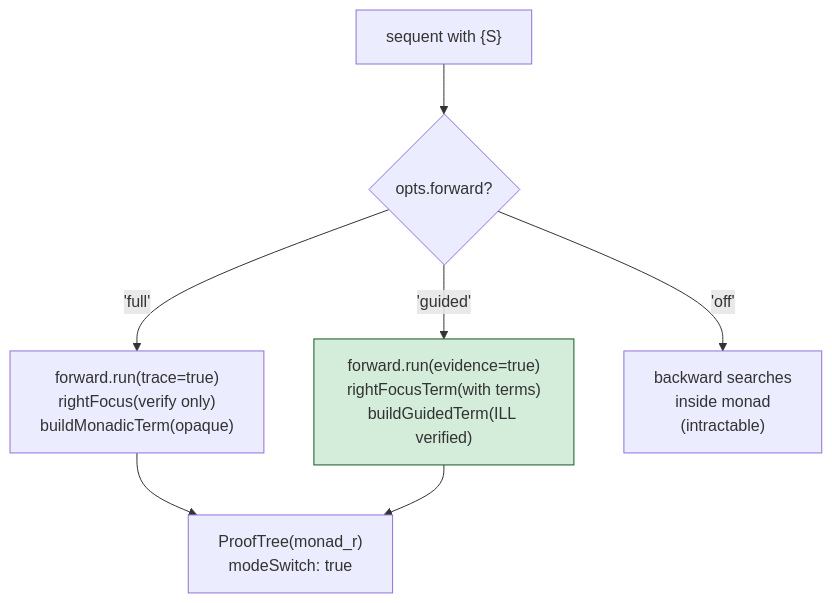
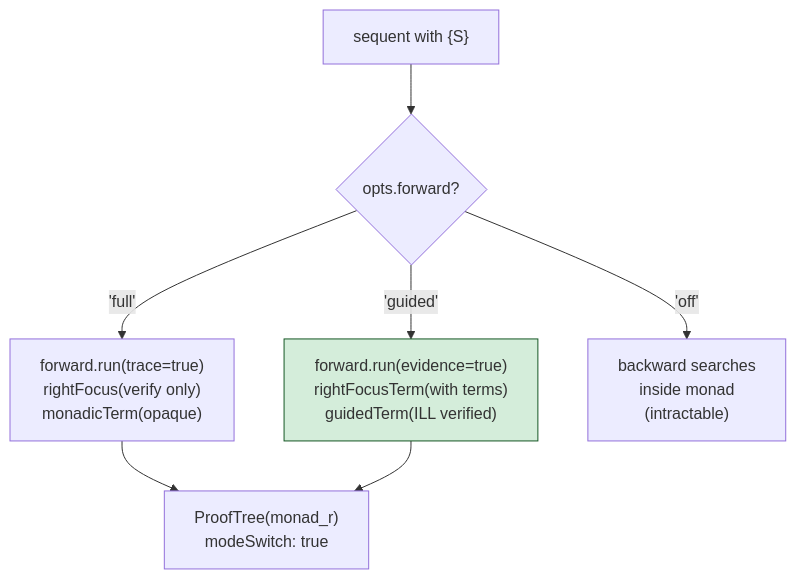
The second of 2 diagrams in doc/documentation/proof-term-pipeline.md (mhhf/calc), drawn with Mermaid before and after one commit. The commit also changed other lines of this file and 19 other files, not shown here.

````diff
--- a/doc/documentation/proof-term-pipeline.md
+++ b/doc/documentation/proof-term-pipeline.md
@@ -45,12 +45,12 @@
 ```mermaid
 flowchart TB
     SEQ["sequent with {S}"] --> PROFILE{"opts.forward?"}
-    PROFILE --> |"'full'"| FULL["forward.run(trace=true)<br/>rightFocus(verify only)<br/>buildMonadicTerm(opaque)"]
-    PROFILE --> |"'guided'"| GUIDED["forward.run(evidence=true)<br/>rightFocusTerm(with terms)<br/>buildGuidedTerm(ILL verified)"]
+    PROFILE --> |"'full'"| FULL["forward.run(trace=true)<br/>rightFocus(verify only)<br/>monadicTerm(opaque)"]
+    PROFILE --> |"'guided'"| GUIDED["forward.run(evidence=true)<br/>rightFocusTerm(with terms)<br/>guidedTerm(ILL verified)"]
     PROFILE --> |"'off'"| OFF["backward searches<br/>inside monad<br/>(intractable)"]
 
     FULL --> NODE["ProofTree(monad_r)<br/>modeSwitch: true"]
     GUIDED --> NODE
 
     style GUIDED fill:#d4edda,stroke:#155724
 ```
````
